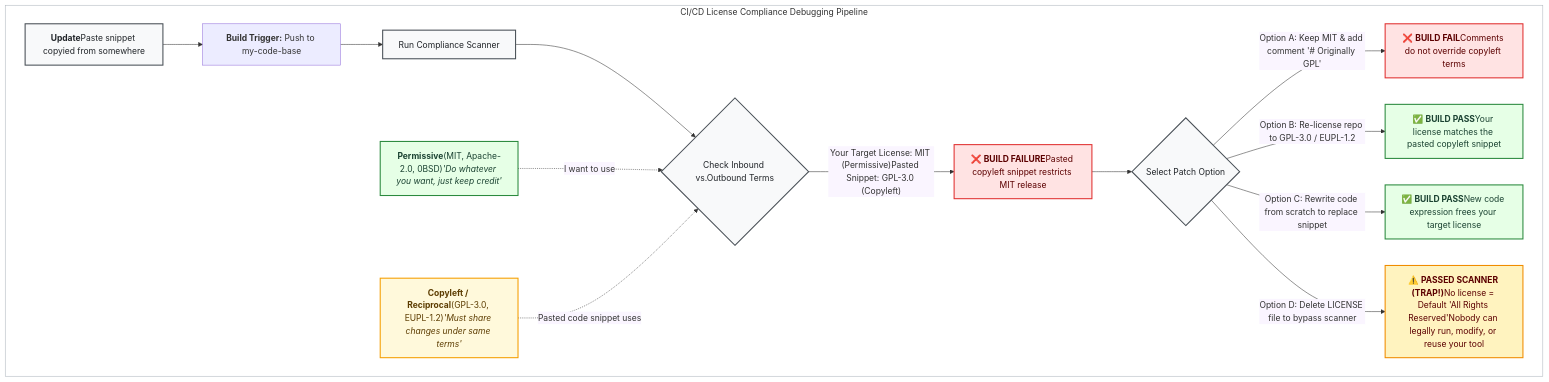
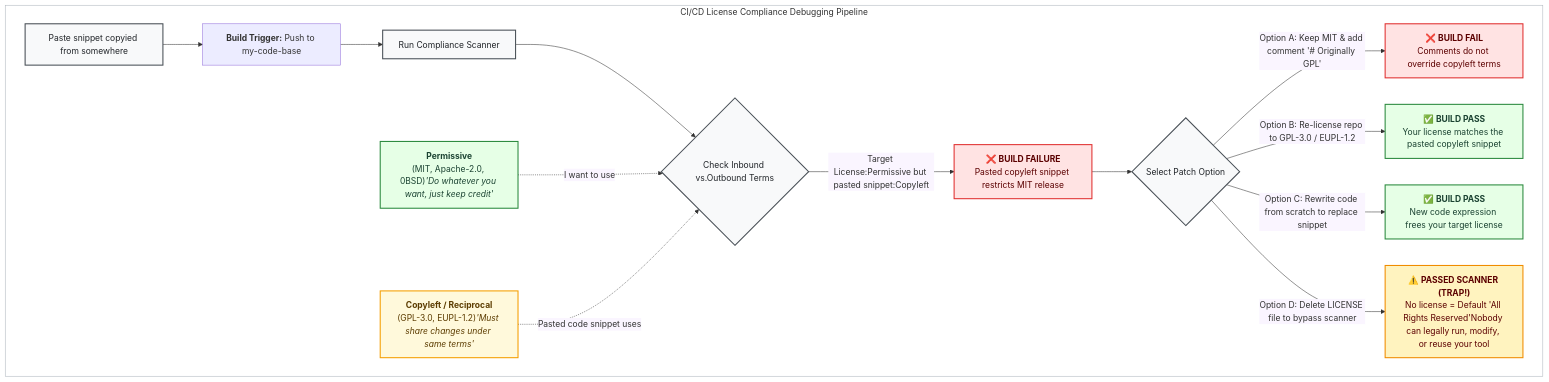
One commit to coderefinery/social-coding changed the second of 3 diagrams in content/software-licensing.md. Above: the diagram before and after it, drawn with Mermaid. The commit also changed other lines of this file, not shown here.

````diff
--- a/content/software-licensing.md
+++ b/content/software-licensing.md
@@ -135,39 +135,39 @@
 ```{mermaid}
 %%{init: {'themeVariables': { 'edgeLabelBackground': '#faf5ff' }}}%%
 flowchart TB
 
     subgraph box["CI/CD License Compliance Debugging Pipeline"]
-        A[<b>Update</b></>Paste snippet copyied from somewhere ] --> A2["<b>Build Trigger:</b>Push to my-code-base"]
+        A[Paste snippet copyied from somewhere ] --> A2["<b>Build Trigger:</b>Push to my-code-base"]
         A2["<b>Build Trigger:</b> Push to my-code-base"] --> B["Run Compliance Scanner"]
         B --> C{"Check Inbound vs.</>Outbound Terms"}
         
-        C -->|"Your Target License: MIT (Permissive)</>Pasted Snippet: GPL-3.0 (Copyleft)"| D["❌ <b>BUILD FAILURE</b></>Pasted copyleft snippet restricts MIT release"]
+        C -->|"Target License:Permissive</> but pasted snippet:Copyleft"| D["❌ <b>BUILD FAILURE</b><br/>Pasted copyleft snippet restricts MIT release"]
         
         D --> E{"Select Patch Option"}
         
-        E -->|"Option A: Keep MIT & add comment '# Originally GPL'"| F["❌ <b>BUILD FAIL</b></>Comments do not override copyleft terms"]
-        E -->|"Option B: Re-license repo to GPL-3.0 / EUPL-1.2"| G["✅ <b>BUILD PASS</b></>Your license matches the pasted copyleft snippet"]
-        E -->|"Option C: Rewrite code from scratch to replace snippet"| H["✅ <b>BUILD PASS</b></>New code expression frees your target license"]
-        E -->|"Option D: Delete LICENSE file to bypass scanner"| I["⚠️ <b>PASSED SCANNER (TRAP!)</b></>No license = Default 'All Rights Reserved'</>Nobody can legally run, modify, or reuse your tool"]
+        E -->|"Option A: Keep MIT & add comment '# Originally GPL'"| F["❌ <b>BUILD FAIL</b><br/>Comments do not override copyleft terms"]
+        E -->|"Option B: Re-license repo to GPL-3.0 / EUPL-1.2"| G["✅ <b>BUILD PASS</b><br/>Your license matches the pasted copyleft snippet"]
+        E -->|"Option C: Rewrite code from scratch to replace snippet"| H["✅ <b>BUILD PASS</b><br/>New code expression frees your target license"]
+        E -->|"Option D: Delete LICENSE file to bypass scanner"| I["⚠️ <b>PASSED SCANNER (TRAP!)</b><br/>No license = Default 'All Rights Reserved'</>Nobody can legally run, modify, or reuse your tool"]
 
-        P["<b>Permissive</b></>(MIT, Apache-2.0, 0BSD)</><i>'Do whatever you want, just keep credit'</i>"]
-        CL["<b>Copyleft / Reciprocal</b></>(GPL-3.0, EUPL-1.2)</><i>'Must share changes under same terms'</i>"]
+        P["<b>Permissive</b><br/>(MIT, Apache-2.0, 0BSD)</><i>'Do whatever you want, just keep credit'</i>"]
+        CL["<b>Copyleft / Reciprocal</b><br/>(GPL-3.0, EUPL-1.2)</><i>'Must share changes under same terms'</i>"]
     end
 
     P -.->|"I want to use"| C
     CL -.->|"Pasted code snippet uses"| C
 
     classDef pass fill:#e6ffe6,stroke:#2b8a3e,stroke-width:2px,color:#1b4332;
     classDef copyleft fill:#fff9db,stroke:#f59f00,stroke-width:2px,color:#5c3c00;
     classDef fail fill:#ffe3e3,stroke:#e03131,stroke-width:2px,color:#5c0000;
     classDef warning fill:#fff3bf,stroke:#f08c00,stroke-width:2px,color:#5c0000;
     classDef neutral fill:#f8f9fa,stroke:#495057,stroke-width:2px,color:#212529;
     classDef box_fill fill:#ffffff,stroke:#adb5bd,stroke-width:1px;
 
     class P,G,H pass;
     class CL copyleft;
     class D,F fail;
     class I warning;
     class A,B,C,E neutral;
     class box box_fill;
 ```
````
